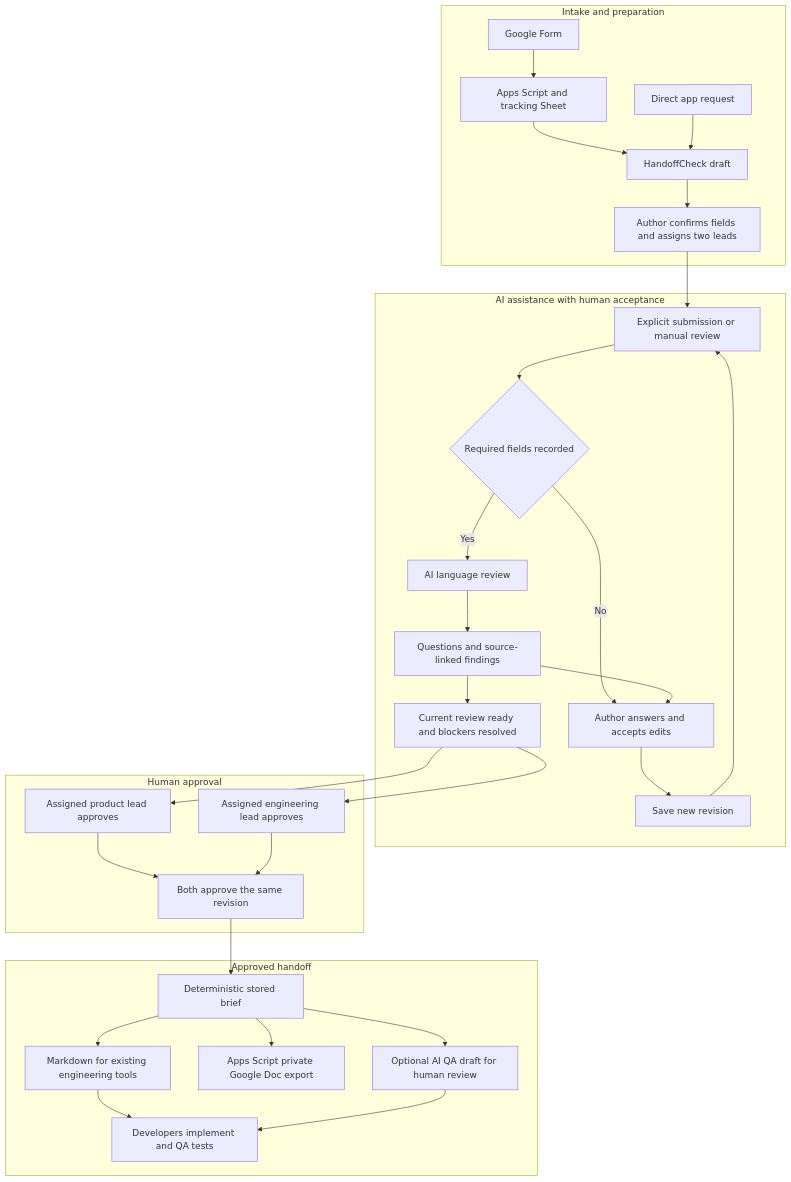
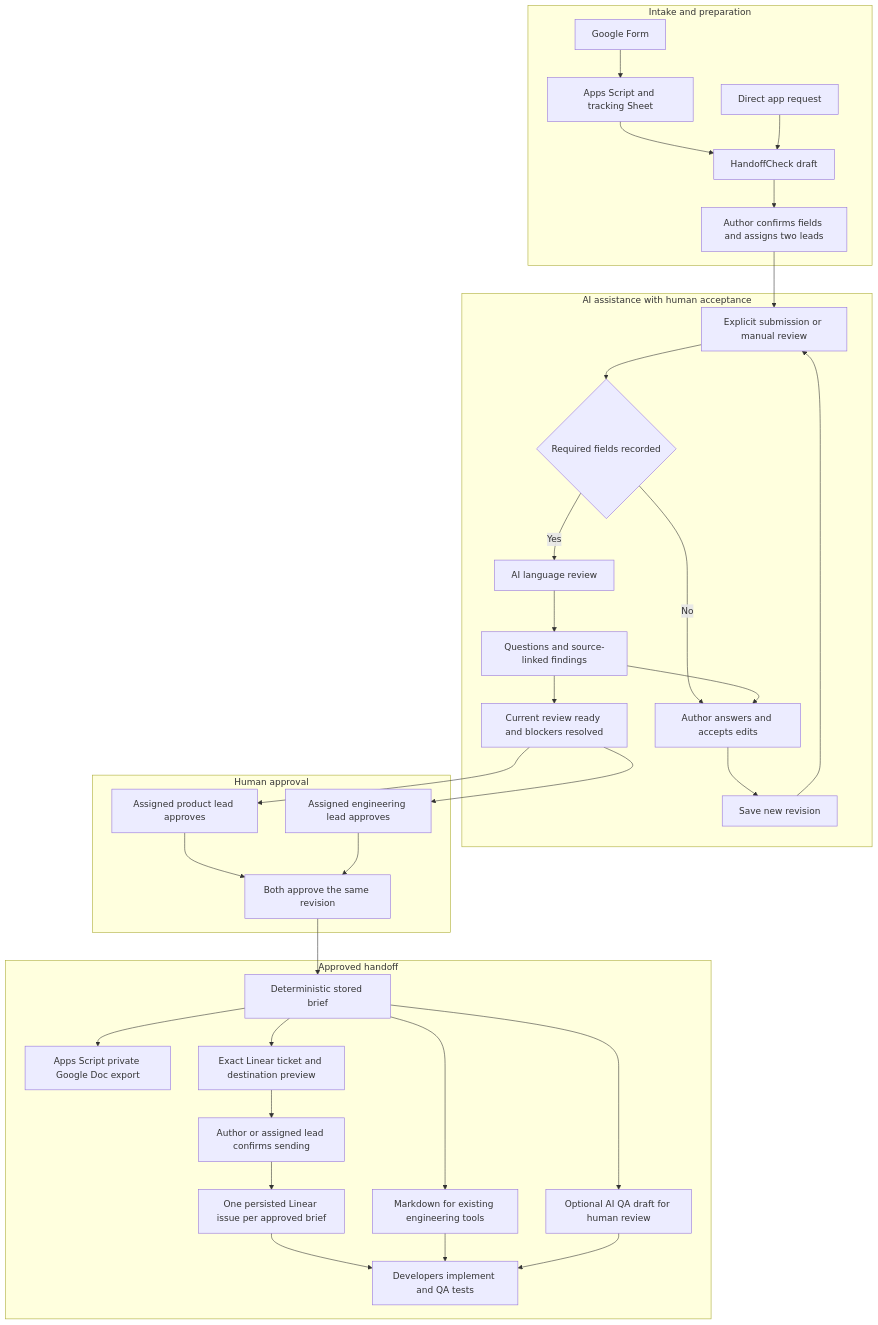
One commit to codera647/HandoffCheck changed the diagram in doc/diagrams/automation-workflow.mmd. Above: the diagram before and after it, drawn with Mermaid. The commit also changed 40 other files, not shown here.

```diff
--- a/doc/diagrams/automation-workflow.mmd
+++ b/doc/diagrams/automation-workflow.mmd
@@ -1,32 +1,36 @@
 flowchart TB
     subgraph INTAKE[Intake and preparation]
         FORM[Google Form] --> CONNECTOR[Apps Script and tracking Sheet]
         CONNECTOR --> DRAFT[HandoffCheck draft]
         APP[Direct app request] --> DRAFT
         DRAFT --> READY[Author confirms fields and assigns two leads]
     end
     READY --> REVIEW[Explicit submission or manual review]
     subgraph ASSIST[AI assistance with human acceptance]
         REVIEW --> CHECK{Required fields recorded}
         CHECK -->|Yes| AI[AI language review]
         CHECK -->|No| AUTHOR
         AI --> FINDINGS[Questions and source-linked findings]
         FINDINGS --> AUTHOR[Author answers and accepts edits]
         AUTHOR --> VERSION[Save new revision]
         VERSION --> REVIEW
         FINDINGS --> CLEAR[Current review ready and blockers resolved]
     end
     subgraph APPROVAL[Human approval]
         CLEAR --> PRODUCT[Assigned product lead approves]
         CLEAR --> ENGINEERING[Assigned engineering lead approves]
         PRODUCT --> BOTH[Both approve the same revision]
         ENGINEERING --> BOTH
     end
     subgraph HANDOFF[Approved handoff]
         BOTH --> BRIEF[Deterministic stored brief]
         BRIEF --> MD[Markdown for existing engineering tools]
         BRIEF --> DOC[Apps Script private Google Doc export]
         BRIEF --> QA[Optional AI QA draft for human review]
+        BRIEF --> PREVIEW[Exact Linear ticket and destination preview]
+        PREVIEW --> CONFIRM[Author or assigned lead confirms sending]
+        CONFIRM --> TICKET[One persisted Linear issue per approved brief]
+        TICKET --> BUILD
         MD --> BUILD[Developers implement and QA tests]
         QA --> BUILD
     end
```
